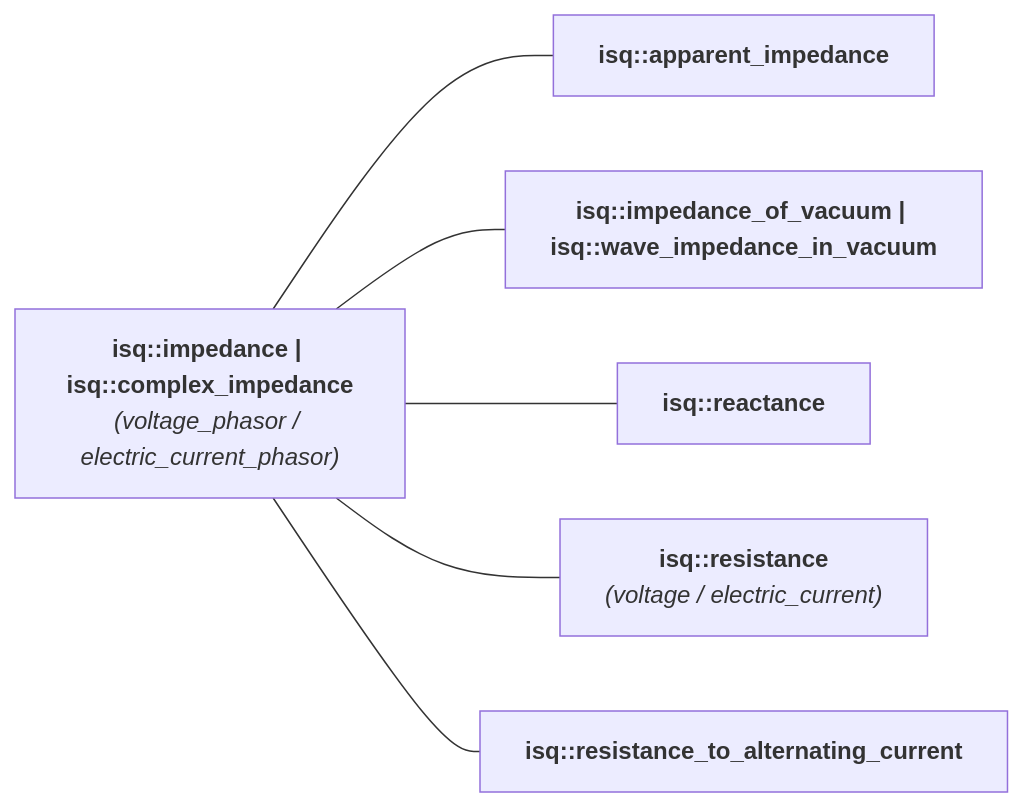
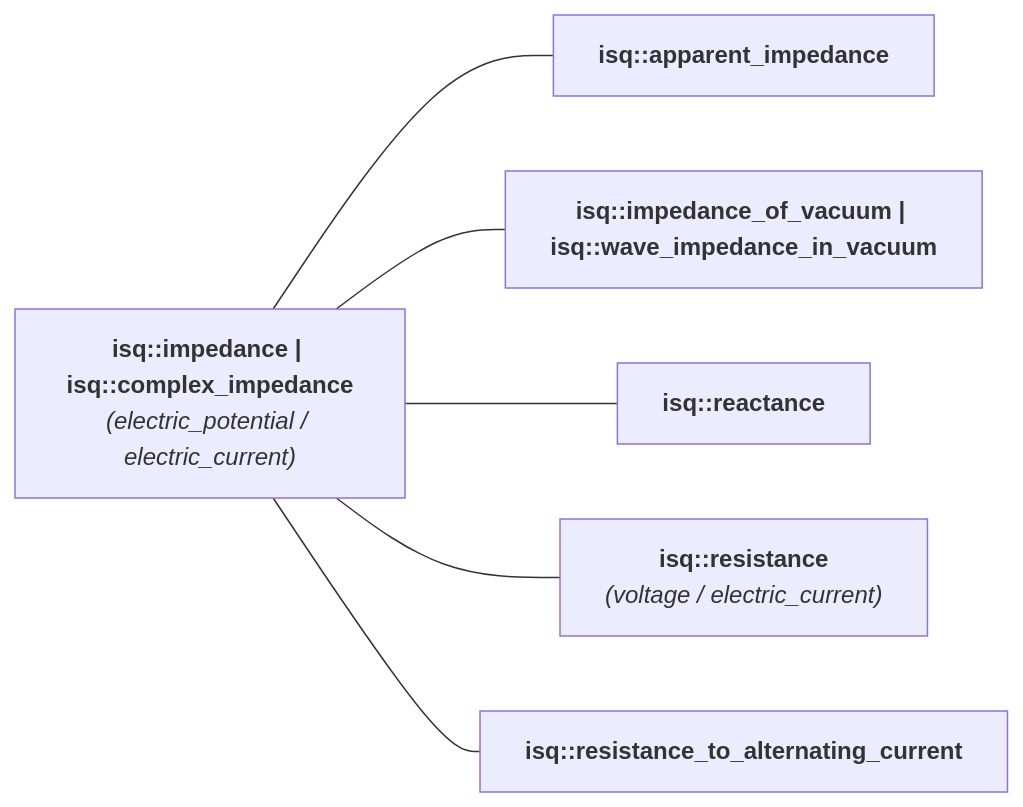
One commit to mpusz/mp-units changed the diagram in docs/reference/systems_reference/hierarchies/impedance.md. Above: the diagram before and after it, drawn with Mermaid. The commit also changed 35 other files, not shown here.

````diff
--- a/docs/reference/systems_reference/hierarchies/impedance.md
+++ b/docs/reference/systems_reference/hierarchies/impedance.md
@@ -8,14 +8,14 @@
 ```mermaid
 flowchart LR
-    isq_impedance["<b><a href="../../systems/isq/#impedance" style="color: var(--md-mermaid-label-fg-color); text-decoration: none;">isq::impedance</a> | <a href="../../systems/isq/#complex_impedance" style="color: var(--md-mermaid-label-fg-color); text-decoration: none;">isq::complex_impedance</a></b><br><i>(<a href="../../systems/isq/#voltage_phasor" style="color: var(--md-mermaid-label-fg-color); text-decoration: none;">voltage_phasor</a> / <a href="../../systems/isq/#electric_current_phasor" style="color: var(--md-mermaid-label-fg-color); text-decoration: none;">electric_current_phasor</a>)</i>"]
+    isq_impedance["<b><a href="../../systems/isq/#impedance" style="color: var(--md-mermaid-label-fg-color); text-decoration: none;">isq::impedance</a> | <a href="../../systems/isq/#complex_impedance" style="color: var(--md-mermaid-label-fg-color); text-decoration: none;">isq::complex_impedance</a></b><br><i>(<a href="../../systems/isq/#electric_potential" style="color: var(--md-mermaid-label-fg-color); text-decoration: none;">electric_potential</a> / <a href="../../systems/isq/#electric_current" style="color: var(--md-mermaid-label-fg-color); text-decoration: none;">electric_current</a>)</i>"]
     isq_apparent_impedance["<b><a href="../../systems/isq/#apparent_impedance" style="color: var(--md-mermaid-label-fg-color); text-decoration: none;">isq::apparent_impedance</a></b>"]
     isq_impedance --- isq_apparent_impedance
     isq_impedance_of_vacuum["<b><a href="../../systems/isq/#impedance_of_vacuum" style="color: var(--md-mermaid-label-fg-color); text-decoration: none;">isq::impedance_of_vacuum</a> | <a href="../../systems/isq/#wave_impedance_in_vacuum" style="color: var(--md-mermaid-label-fg-color); text-decoration: none;">isq::wave_impedance_in_vacuum</a></b>"]
     isq_impedance --- isq_impedance_of_vacuum
     isq_reactance["<b><a href="../../systems/isq/#reactance" style="color: var(--md-mermaid-label-fg-color); text-decoration: none;">isq::reactance</a></b>"]
     isq_impedance --- isq_reactance
     isq_resistance["<b><a href="../../systems/isq/#resistance" style="color: var(--md-mermaid-label-fg-color); text-decoration: none;">isq::resistance</a></b><br><i>(<a href="../../systems/isq/#voltage" style="color: var(--md-mermaid-label-fg-color); text-decoration: none;">voltage</a> / <a href="../../systems/isq/#electric_current" style="color: var(--md-mermaid-label-fg-color); text-decoration: none;">electric_current</a>)</i>"]
     isq_impedance --- isq_resistance
     isq_resistance_to_alternating_current["<b><a href="../../systems/isq/#resistance_to_alternating_current" style="color: var(--md-mermaid-label-fg-color); text-decoration: none;">isq::resistance_to_alternating_current</a></b>"]
     isq_impedance --- isq_resistance_to_alternating_current
 ```
````
